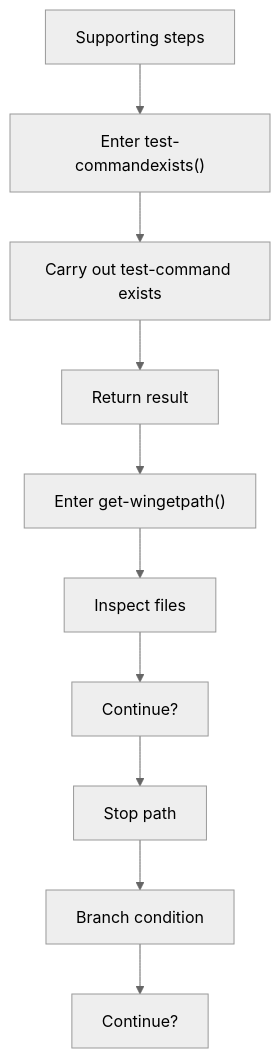
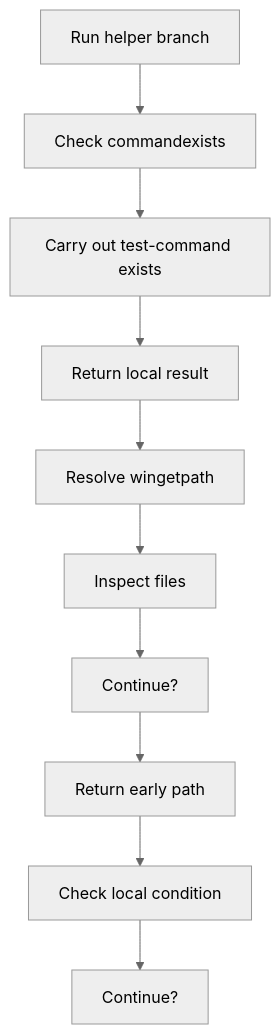
The second of 8 diagrams in docs/Codebase/Infrastructure/session-orchestration/bootstrap_and_deploy/bootstrap_and_deploy_program_flow_01.ps1.md (JohnAndrewBalbarosa/NeoTerritory), drawn with Mermaid (neutral theme) before and after one commit. The commit also changed other lines of this file and 925 other files, not shown here.

````diff
--- a/docs/Codebase/Infrastructure/session-orchestration/bootstrap_and_deploy/bootstrap_and_deploy_program_flow_01.ps1.md
+++ b/docs/Codebase/Infrastructure/session-orchestration/bootstrap_and_deploy/bootstrap_and_deploy_program_flow_01.ps1.md
@@ -34,22 +34,22 @@
 ```mermaid
 flowchart TD
-    N0["Supporting steps"]
-    N1["Enter test-commandexists()"]
+    N0["Run helper branch"]
+    N1["Check commandexists"]
     N2["Carry out test-command exists"]
-    N3["Return result"]
-    N4["Enter get-wingetpath()"]
+    N3["Return local result"]
+    N4["Resolve wingetpath"]
     N5["Inspect files"]
     N6["Continue?"]
-    N7["Stop path"]
-    N8["Branch condition"]
+    N7["Return early path"]
+    N8["Check local condition"]
     N9["Continue?"]
     N0 --> N1
     N1 --> N2
     N2 --> N3
     N3 --> N4
     N4 --> N5
     N5 --> N6
     N6 --> N7
     N7 --> N8
     N8 --> N9
 ```
````
